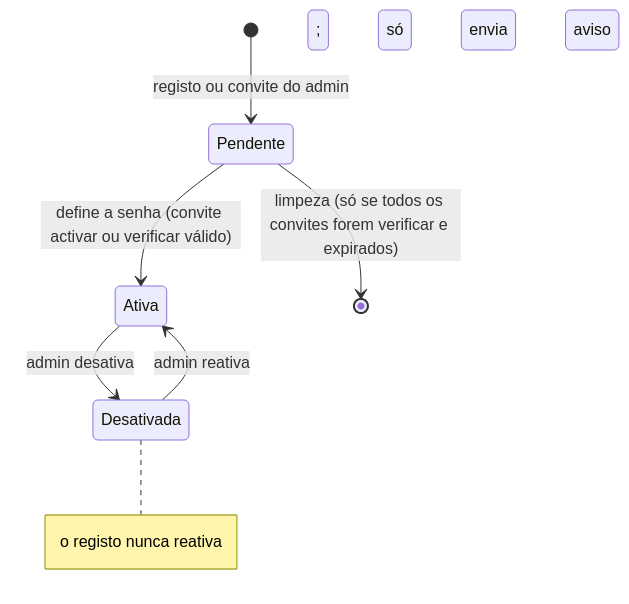
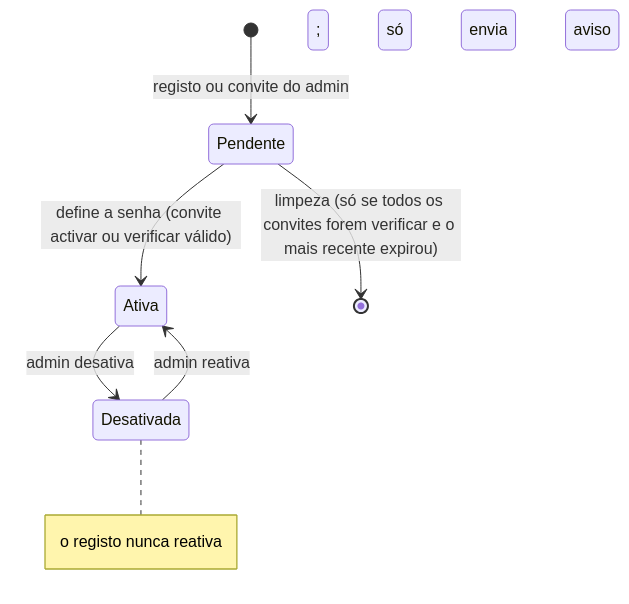
The second of 2 diagrams in openspec/changes/registo-autonomo/design.md (ricardopiloto/interactive-map), drawn with Mermaid before and after one commit. The commit also changed other lines of this file and 63 other files, not shown here.

````diff
--- a/openspec/changes/registo-autonomo/design.md
+++ b/openspec/changes/registo-autonomo/design.md
@@ -42,9 +42,9 @@
 ```mermaid
 stateDiagram-v2
     [*] --> Pendente: registo ou convite do admin
     Pendente --> Ativa: define a senha (convite activar ou verificar válido)
-    Pendente --> [*]: limpeza (só se todos os convites forem verificar e expirados)
+    Pendente --> [*]: limpeza (só se todos os convites forem verificar e o mais recente expirou)
     Ativa --> Desativada: admin desativa
     Desativada --> Ativa: admin reativa
     note right of Desativada: o registo nunca reativa; só envia aviso
 ```
````
